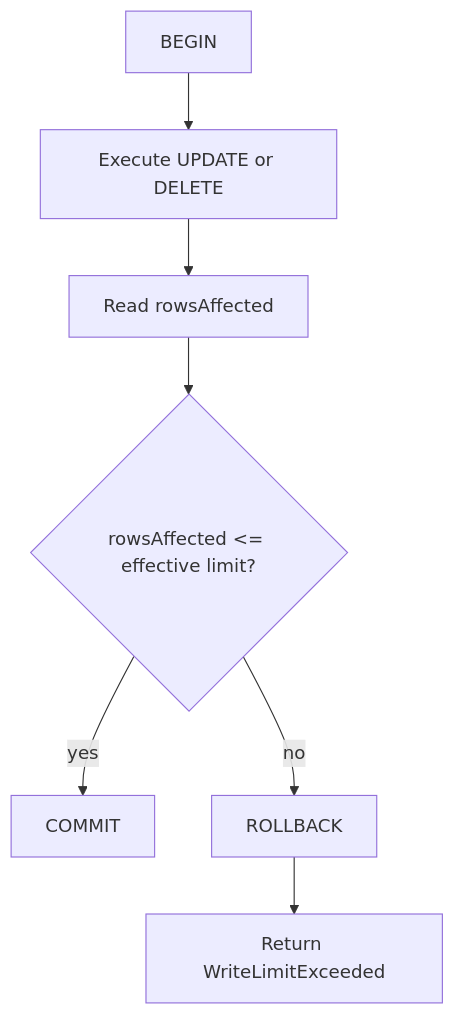
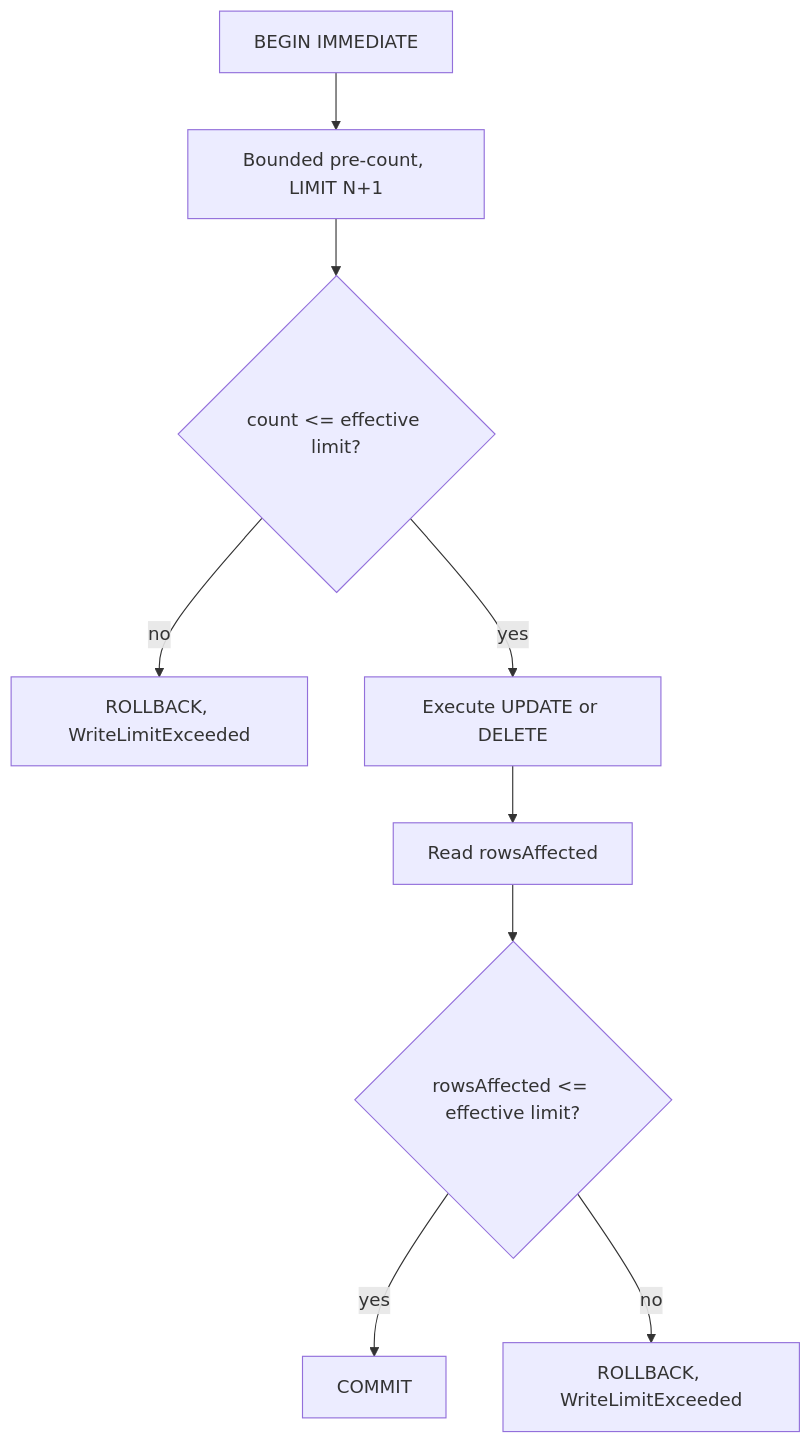
The diagram in .lode/plans/design/structured-writes.md (xakpc/sqlite-mcp-sidecar), drawn with Mermaid before and after one commit. The commit also changed other lines of this file and 28 other files, not shown here.

````diff
--- a/.lode/plans/design/structured-writes.md
+++ b/.lode/plans/design/structured-writes.md
@@ -115,9 +124,11 @@
 ```mermaid
 flowchart TD
-    begin[BEGIN] --> exec[Execute UPDATE or DELETE]
+    begin[BEGIN IMMEDIATE] --> pre[Bounded pre-count, LIMIT N+1]
+    pre --> cmp1{count <= effective limit?}
+    cmp1 -->|no| rb1[ROLLBACK, WriteLimitExceeded]
+    cmp1 -->|yes| exec[Execute UPDATE or DELETE]
     exec --> count[Read rowsAffected]
-    count --> cmp{rowsAffected <= effective limit?}
-    cmp -->|yes| commit[COMMIT]
-    cmp -->|no| rollback[ROLLBACK]
-    rollback --> err[Return WriteLimitExceeded]
+    count --> cmp2{rowsAffected <= effective limit?}
+    cmp2 -->|yes| commit[COMMIT]
+    cmp2 -->|no| rb2[ROLLBACK, WriteLimitExceeded]
 ```
````
